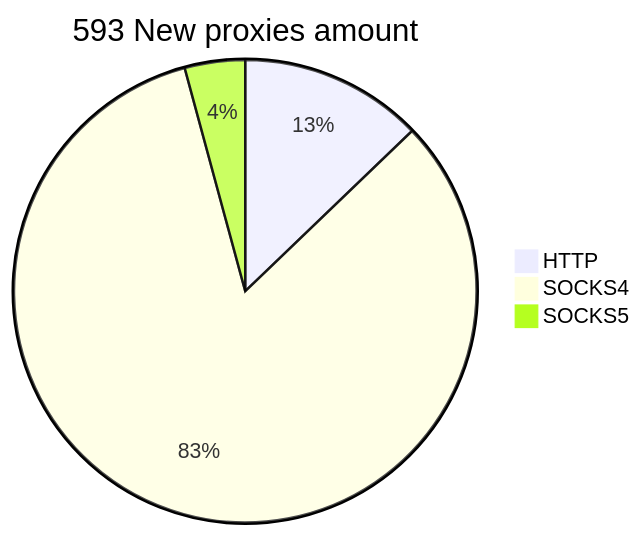
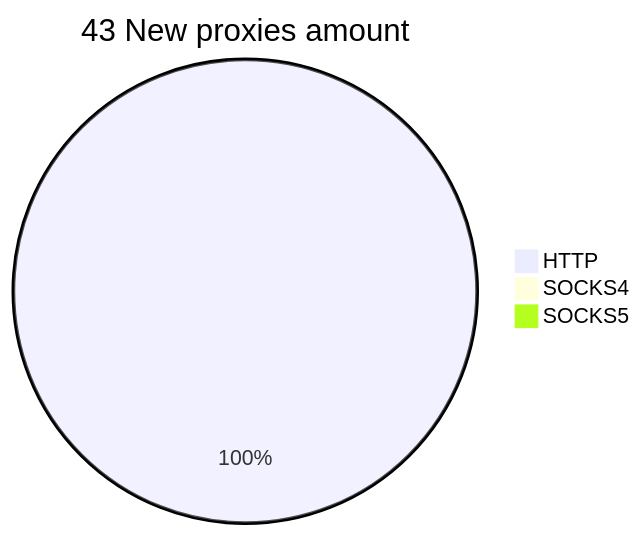
The second of 2 diagrams in README.md (cutipu/proxylist), drawn with Mermaid before and after one commit. The commit also changed other lines of this file, not shown here.

````diff
--- a/README.md
+++ b/README.md
@@ -10,6 +10,6 @@
 ```mermaid
-pie title 593 New proxies amount
-    "HTTP" : 76
-    "SOCKS4" : 492
-    "SOCKS5" : 25
+pie title 43 New proxies amount
+    "HTTP" : 50
+    "SOCKS4" : 0
+    "SOCKS5" : 0
 ```
````
